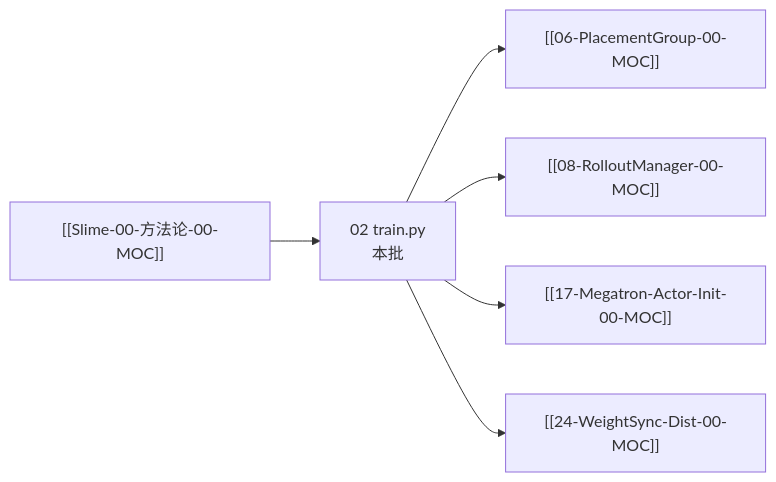
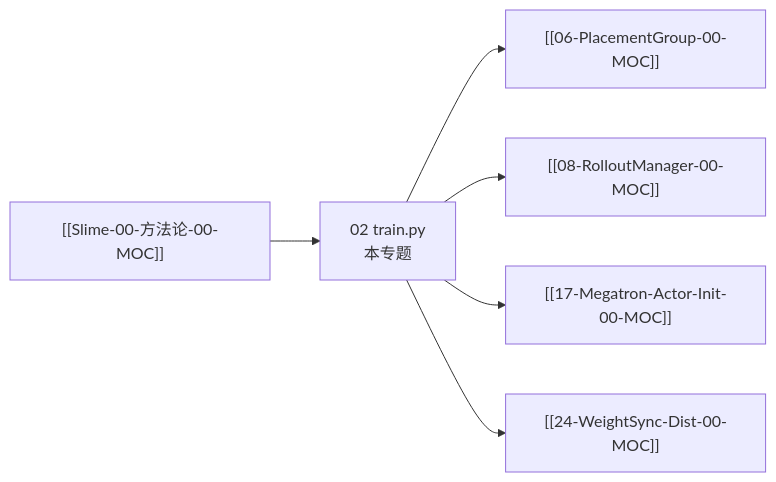
Before and after one commit to OnlyHero5/ai-infra-reading-vault: the diagram in slime_reading/01-启动与入口/02-训练主循环/02-训练主循环-00-MOC.md, drawn with Mermaid. The commit also changed other lines of this file and 421 other files, not shown here.

````diff
--- a/slime_reading/01-启动与入口/02-训练主循环/02-训练主循环-00-MOC.md
+++ b/slime_reading/01-启动与入口/02-训练主循环/02-训练主循环-00-MOC.md
@@ -83,15 +82,15 @@
 ```mermaid
 flowchart LR
     M01["[[Slime-00-方法论-00-MOC]]"]
-    M02["02 train.py<br/>本批"]
+    M02["02 train.py<br/>本专题"]
     M06["[[06-PlacementGroup-00-MOC]]"]
     M08["[[08-RolloutManager-00-MOC]]"]
     M17["[[17-Megatron-Actor-Init-00-MOC]]"]
     M24["[[24-WeightSync-Dist-00-MOC]]"]
 
     M01 --> M02
     M02 --> M06
     M02 --> M08
     M02 --> M17
     M02 --> M24
 ```
````
